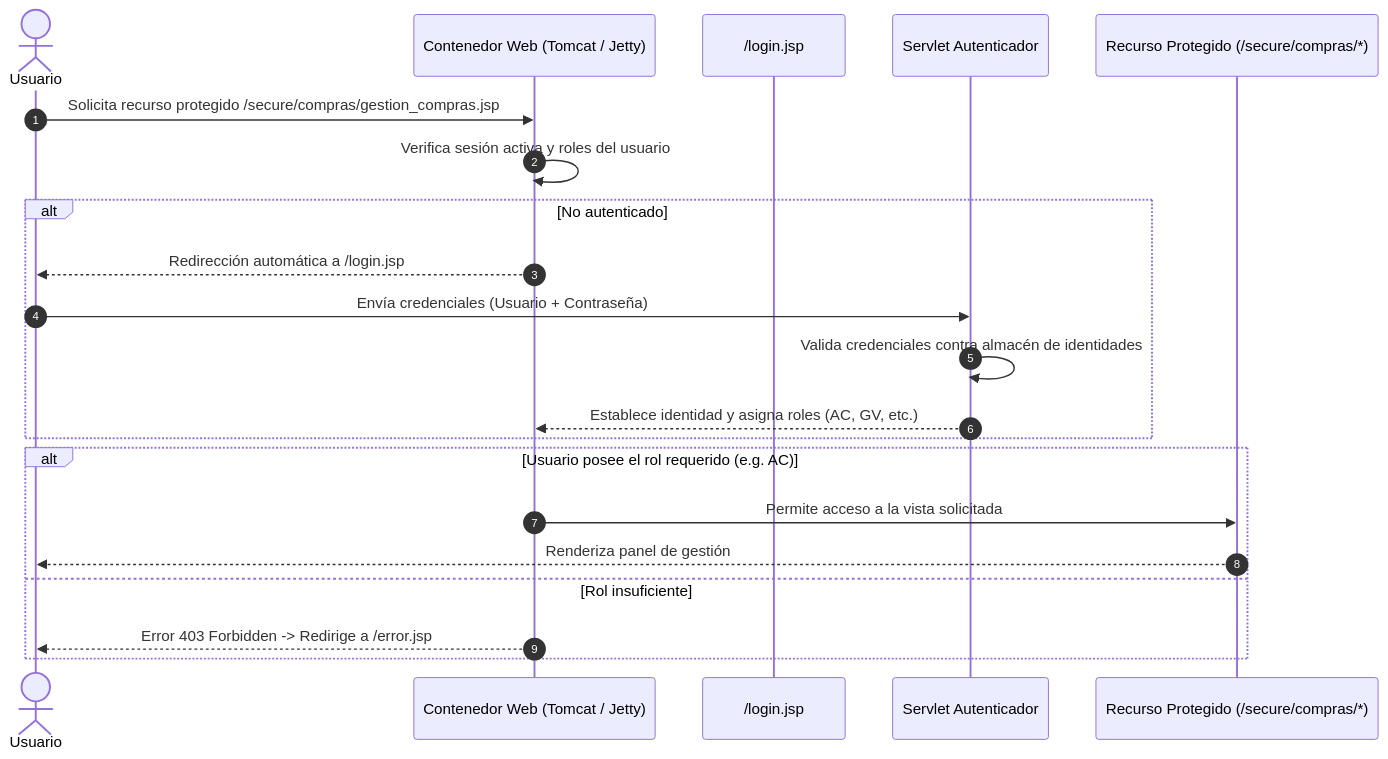
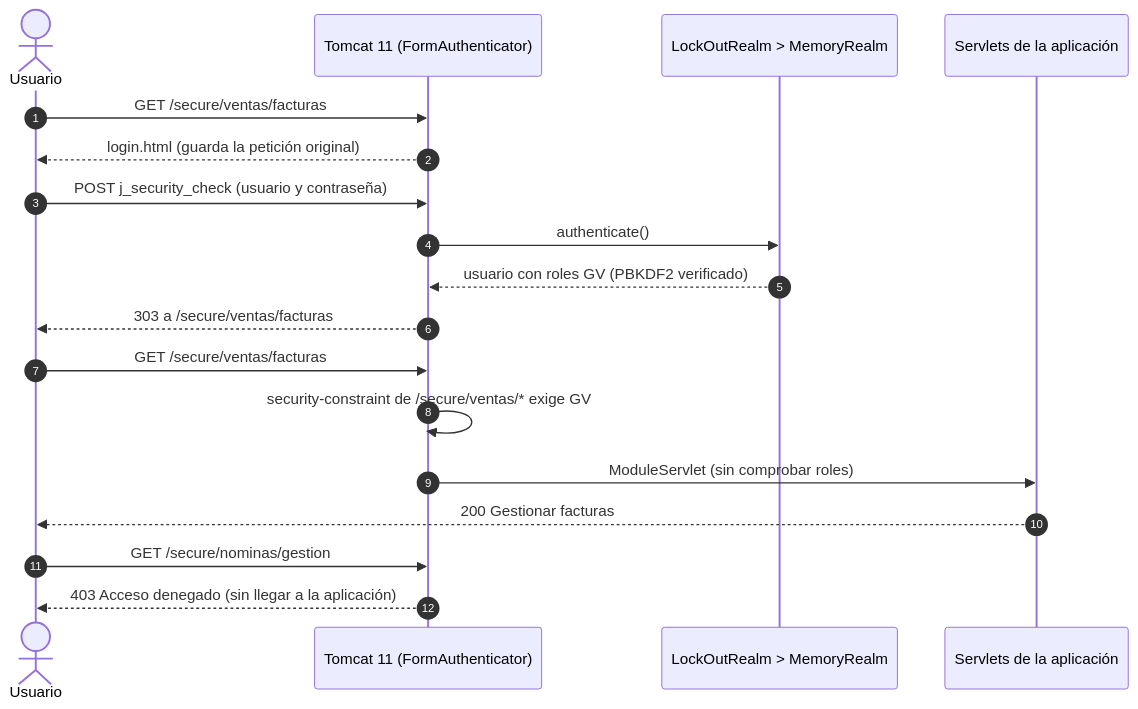
Before and after one commit to KevinAndrey96/seguridad-jaas: the diagram in README.md, drawn with Mermaid. The commit also changed other lines of this file and 1 other file, not shown here.

````diff
--- a/README.md
+++ b/README.md
@@ -15,25 +25,21 @@
 ```mermaid
 sequenceDiagram
     autonumber
     actor Usuario
-    participant Contenedor as Contenedor Web (Tomcat / Jetty)
-    participant Login as /login.jsp
-    participant Auth as Servlet Autenticador
-    participant Recurso as Recurso Protegido (/secure/compras/*)
+    participant Tomcat as Tomcat 11 (FormAuthenticator)
+    participant Realm as LockOutRealm > MemoryRealm
+    participant App as Servlets de la aplicación
 
-    Usuario->>Contenedor: Solicita recurso protegido /secure/compras/gestion_compras.jsp
-    Contenedor->>Contenedor: Verifica sesión activa y roles del usuario
-    alt No autenticado
-        Contenedor-->>Usuario: Redirección automática a /login.jsp
-        Usuario->>Auth: Envía credenciales (Usuario + Contraseña)
-        Auth->>Auth: Valida credenciales contra almacén de identidades
-        Auth-->>Contenedor: Establece identidad y asigna roles (AC, GV, etc.)
-    end
-
-    alt Usuario posee el rol requerido (e.g. AC)
-        Contenedor->>Recurso: Permite acceso a la vista solicitada
-        Recurso-->>Usuario: Renderiza panel de gestión
-    else Rol insuficiente
-        Contenedor-->>Usuario: Error 403 Forbidden -> Redirige a /error.jsp
-    end
+    Usuario->>Tomcat: GET /secure/ventas/facturas
+    Tomcat-->>Usuario: login.html (guarda la petición original)
+    Usuario->>Tomcat: POST j_security_check (usuario y contraseña)
+    Tomcat->>Realm: authenticate()
+    Realm-->>Tomcat: usuario con roles GV (PBKDF2 verificado)
+    Tomcat-->>Usuario: 303 a /secure/ventas/facturas
+    Usuario->>Tomcat: GET /secure/ventas/facturas
+    Tomcat->>Tomcat: security-constraint de /secure/ventas/* exige GV
+    Tomcat->>App: ModuleServlet (sin comprobar roles)
+    App-->>Usuario: 200 Gestionar facturas
+    Usuario->>Tomcat: GET /secure/nominas/gestion
+    Tomcat-->>Usuario: 403 Acceso denegado (sin llegar a la aplicación)
 ```
````
